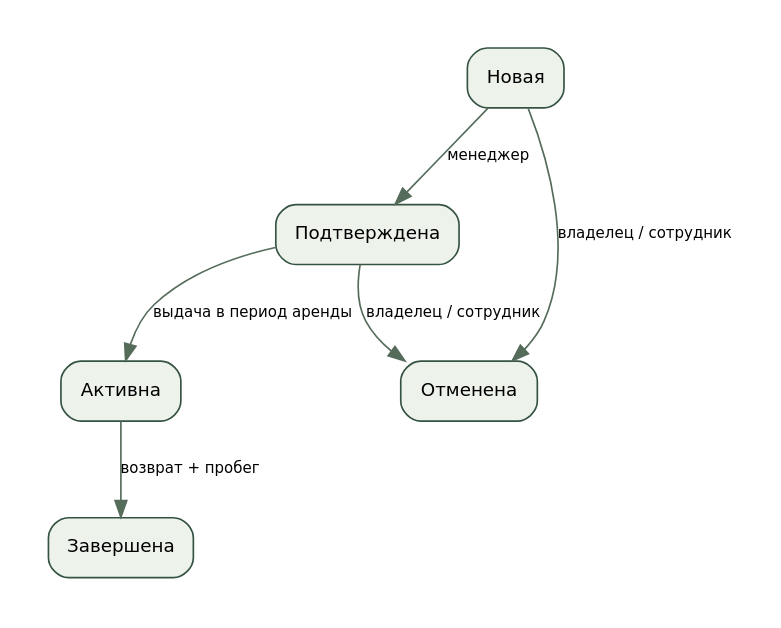
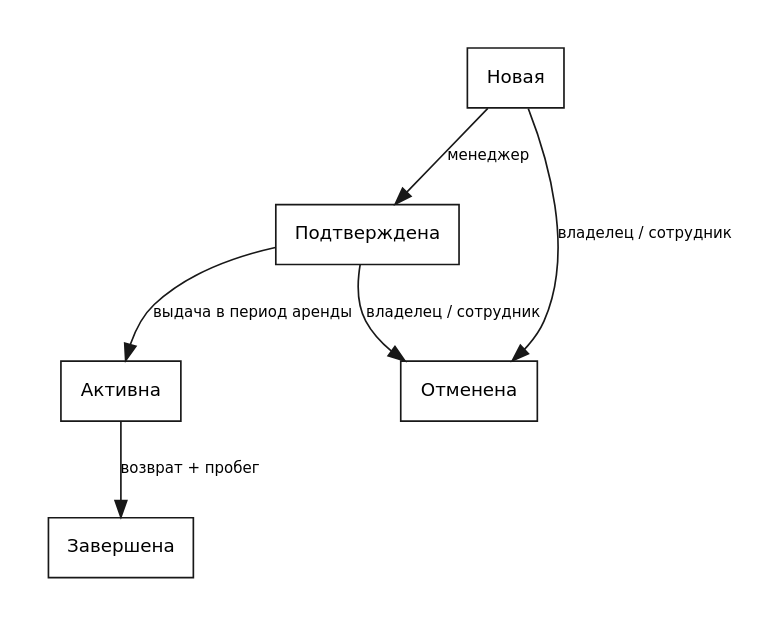
One commit to alexander2007B/cursovaya changed the diagram in docs/diagrams/states.dot. Above: the diagram before and after it, drawn with Graphviz. The commit also changed 52 other files, not shown here.

Commit message:
Restyle coursework diagrams and use plain hyphens

```diff
--- a/docs/diagrams/states.dot
+++ b/docs/diagrams/states.dot
@@ -1,1 +1,1 @@
-digraph G {graph [fontname="DejaVu Sans",bgcolor="white",pad="0.3",ranksep="0.65",nodesep="0.35"]; node [fontname="DejaVu Sans",fontsize=11,shape=box,style="rounded,filled",fillcolor="#edf2eb",color="#355343",margin="0.15"]; edge [fontname="DejaVu Sans",fontsize=9,color="#566c5b"];rankdir=TB;new[label="Новая"];confirmed[label="Подтверждена"];active[label="Активна"];completed[label="Завершена"];cancelled[label="Отменена"];new->confirmed[label="менеджер"];confirmed->active[label="выдача в период аренды"];active->completed[label="возврат + пробег"];new->cancelled[label="владелец / сотрудник"];confirmed->cancelled[label="владелец / сотрудник"];}
+digraph G {graph [fontname="DejaVu Sans",bgcolor="white",pad="0.3",ranksep="0.65",nodesep="0.35"]; node [fontname="DejaVu Sans",fontsize=11,shape=box,style="filled",fillcolor="white",color="#181818",margin="0.15"]; edge [fontname="DejaVu Sans",fontsize=9,color="#181818"];rankdir=TB;new[label="Новая"];confirmed[label="Подтверждена"];active[label="Активна"];completed[label="Завершена"];cancelled[label="Отменена"];new->confirmed[label="менеджер"];confirmed->active[label="выдача в период аренды"];active->completed[label="возврат + пробег"];new->cancelled[label="владелец / сотрудник"];confirmed->cancelled[label="владелец / сотрудник"];}
```
